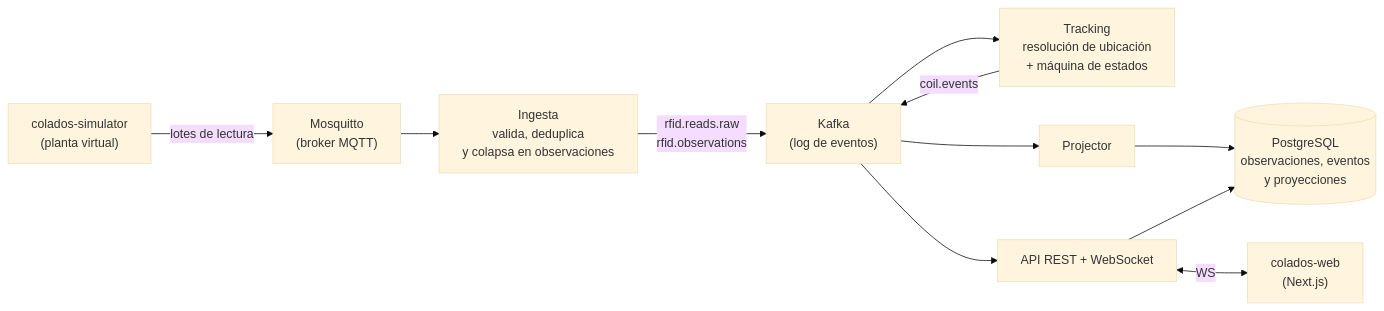
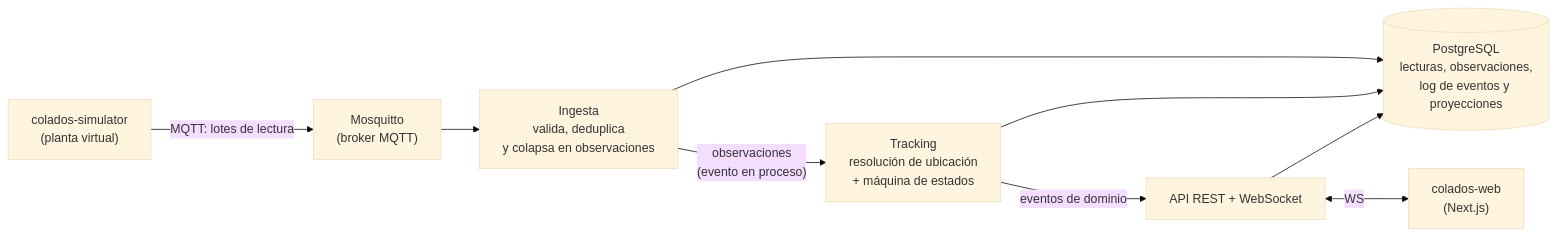
One commit to iburquijo/colados changed the diagram in README.md. Above: the diagram before and after it, drawn with Mermaid (base theme). The commit also changed other lines of this file and 15 other files, not shown here.

````diff
--- a/README.md
+++ b/README.md
@@ -49,23 +49,19 @@
 ```mermaid
 flowchart LR
     SIM["colados-simulator<br/>(planta virtual)"]
     MQTT["Mosquitto<br/>(broker MQTT)"]
     ING["Ingesta<br/>valida, deduplica<br/>y colapsa en observaciones"]
-    K["Kafka<br/>(log de eventos)"]
     TRK["Tracking<br/>resolución de ubicación<br/>+ máquina de estados"]
-    PRJ["Projector"]
-    PG[("PostgreSQL<br/>observaciones, eventos<br/>y proyecciones")]
+    PG[("PostgreSQL<br/>lecturas, observaciones,<br/>log de eventos y proyecciones")]
     API["API REST + WebSocket"]
     WEB["colados-web<br/>(Next.js)"]
 
-    SIM -->|"lotes de lectura"| MQTT
+    SIM -->|"MQTT: lotes de lectura"| MQTT
     MQTT --> ING
-    ING -->|"rfid.reads.raw<br/>rfid.observations"| K
-    K --> TRK
-    TRK -->|"coil.events"| K
-    K --> PRJ
-    PRJ --> PG
+    ING -->|"observaciones<br/>(evento en proceso)"| TRK
+    ING --> PG
+    TRK -->|"eventos de dominio"| API
+    TRK --> PG
     API --> PG
-    K --> API
     API <-->|"WS"| WEB
 ```
````
